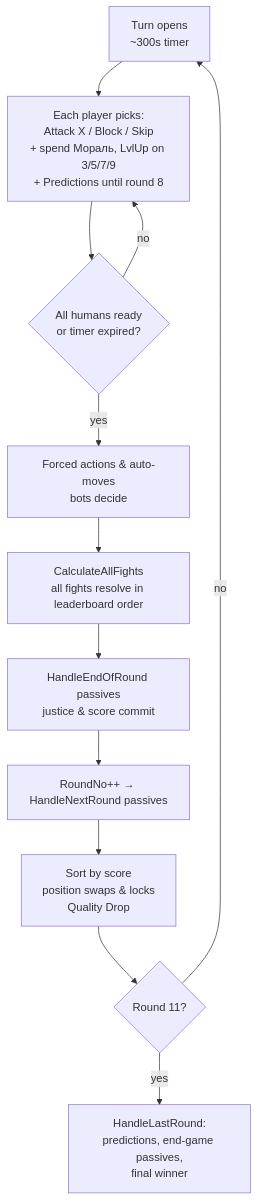
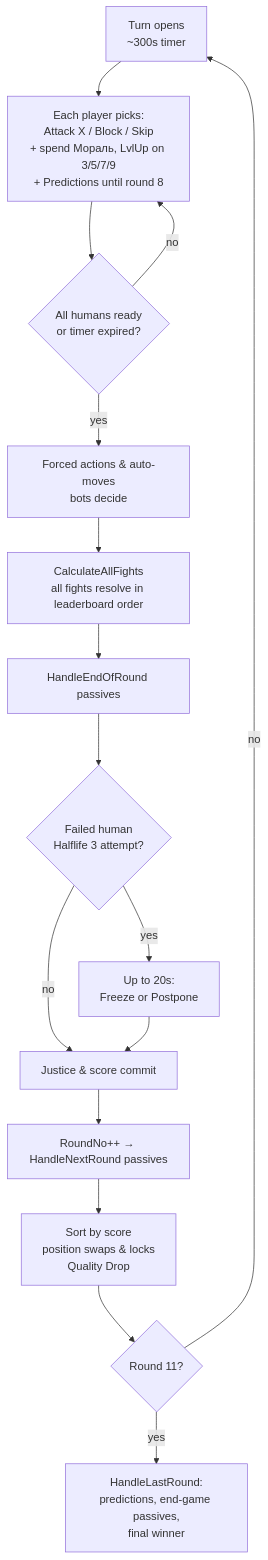
Before and after one commit to akulihin/King-of-the-Garbage-Hill: the first of 3 diagrams in docs/GAME-DESIGN.md, drawn with Mermaid. The commit also changed other lines of this file and 44 other files, not shown here.

````diff
--- a/docs/GAME-DESIGN.md
+++ b/docs/GAME-DESIGN.md
@@ -17,14 +17,18 @@
 ```mermaid
 flowchart TD
     A[Turn opens<br/>~300s timer] --> B[Each player picks:<br/>Attack X / Block / Skip<br/>+ spend Мораль, LvlUp on 3/5/7/9<br/>+ Predictions until round 8]
     B --> C{All humans ready<br/>or timer expired?}
     C -->|no| B
     C -->|yes| D[Forced actions & auto-moves<br/>bots decide]
     D --> E[CalculateAllFights<br/>all fights resolve in leaderboard order]
-    E --> F[HandleEndOfRound passives<br/>justice & score commit]
-    F --> G[RoundNo++ → HandleNextRound passives]
+    E --> F[HandleEndOfRound passives]
+    F --> P{Failed human<br/>Halflife 3 attempt?}
+    P -->|yes| Q[Up to 20s:<br/>Freeze or Postpone]
+    P -->|no| S[Justice & score commit]
+    Q --> S
+    S --> G[RoundNo++ → HandleNextRound passives]
     G --> H[Sort by score<br/>position swaps & locks<br/>Quality Drop]
     H --> I{Round 11?}
     I -->|no| A
     I -->|yes| J[HandleLastRound:<br/>predictions, end-game passives,<br/>final winner]
 ```
````
